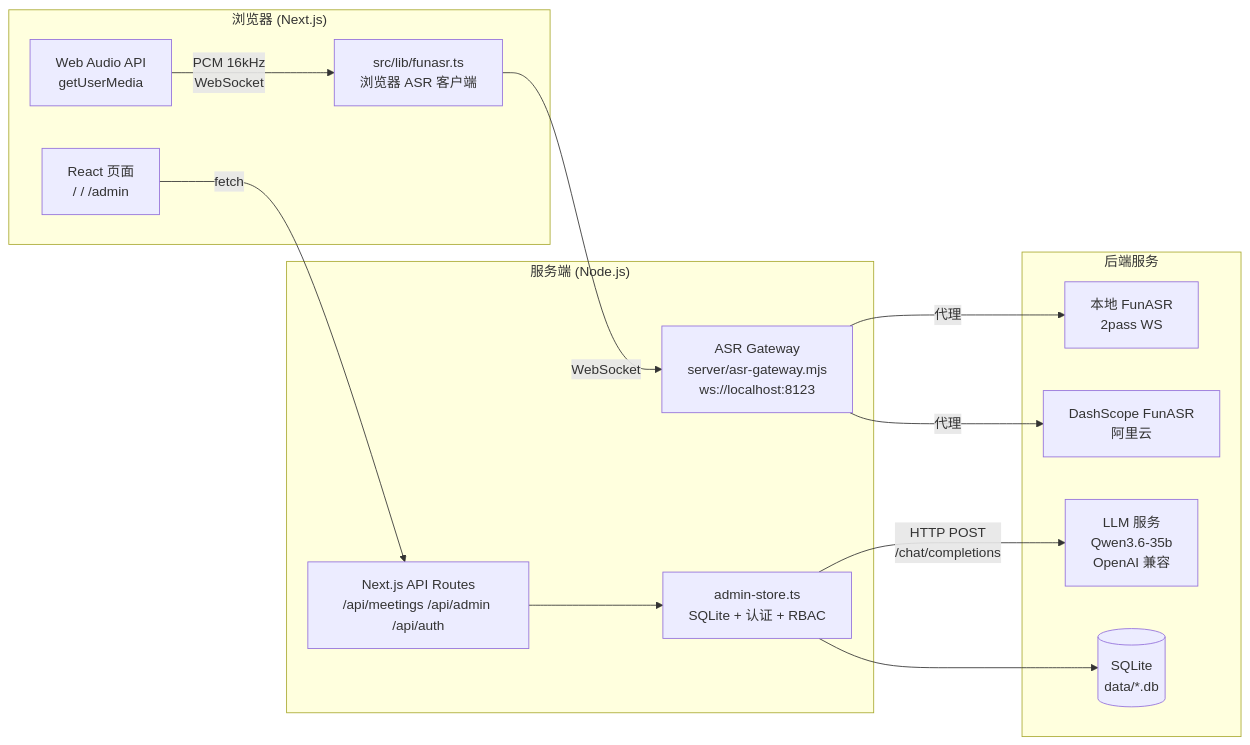
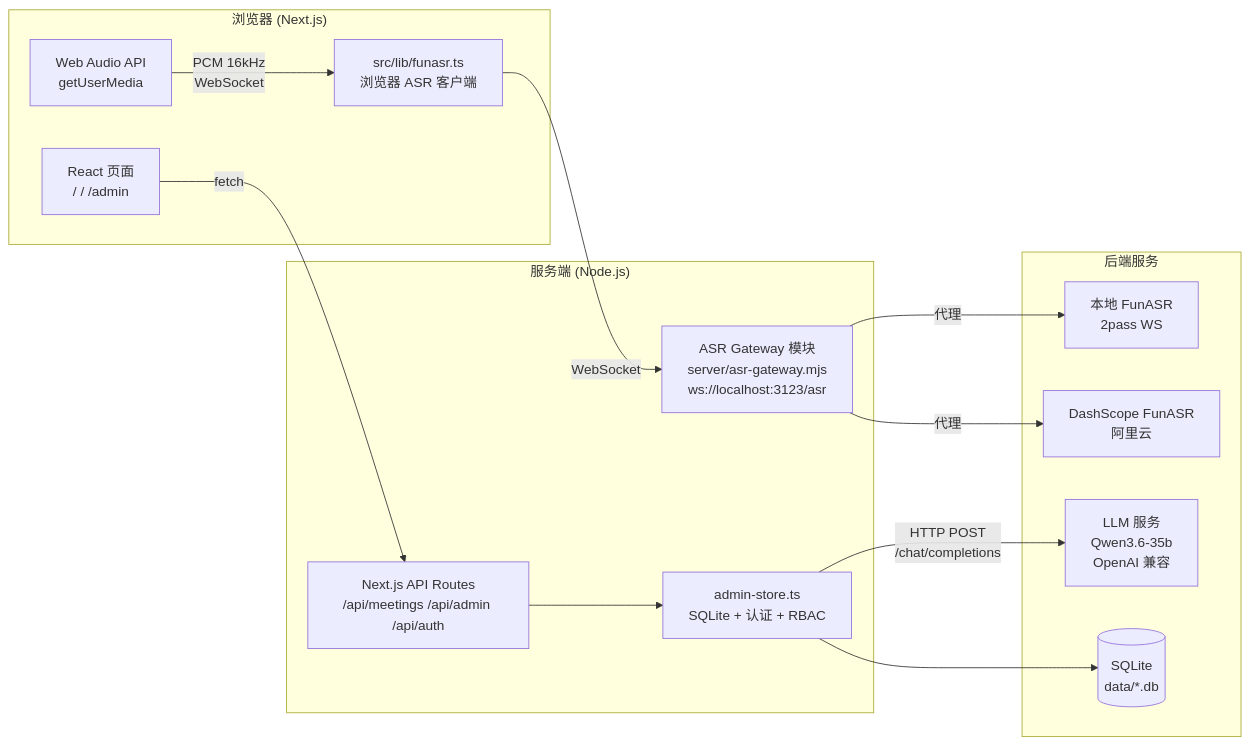
The diagram in README_CN.md (ErixWong/meeting_asr_app), drawn with Mermaid before and after one commit. The commit also changed other lines of this file and 43 other files, not shown here.

````diff
--- a/README_CN.md
+++ b/README_CN.md
@@ -21,30 +21,30 @@
 ```mermaid
 flowchart LR
     subgraph Browser["浏览器 (Next.js)"]
         WA["Web Audio API<br/>getUserMedia"]
         FC["src/lib/funasr.ts<br/>浏览器 ASR 客户端"]
         UI["React 页面<br/>/ / /admin"]
     end
 
     subgraph Server["服务端 (Node.js)"]
-        GW["ASR Gateway<br/>server/asr-gateway.mjs<br/>ws://localhost:8123"]
+        GW["ASR Gateway 模块<br/>server/asr-gateway.mjs<br/>ws://localhost:3123/asr"]
         API["Next.js API Routes<br/>/api/meetings /api/admin /api/auth"]
         STORE["admin-store.ts<br/>SQLite + 认证 + RBAC"]
     end
 
     subgraph Backend["后端服务"]
         LFS["本地 FunASR<br/>2pass WS"]
         DS["DashScope FunASR<br/>阿里云"]
         LLM["LLM 服务<br/>Qwen3.6-35b<br/>OpenAI 兼容"]
         DB[("SQLite<br/>data/*.db")]
     end
 
     WA -- "PCM 16kHz<br/>WebSocket" --> FC
     FC -- "WebSocket" --> GW
     GW -- "代理" --> LFS
     GW -- "代理" --> DS
     UI -- "fetch" --> API
     API --> STORE
     STORE --> DB
     STORE -- "HTTP POST<br/>/chat/completions" --> LLM
 ```
````
